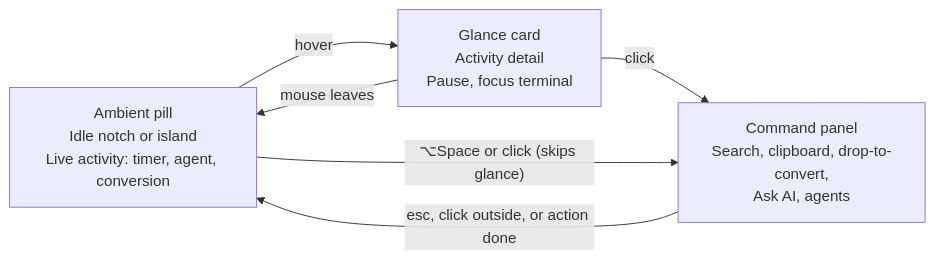
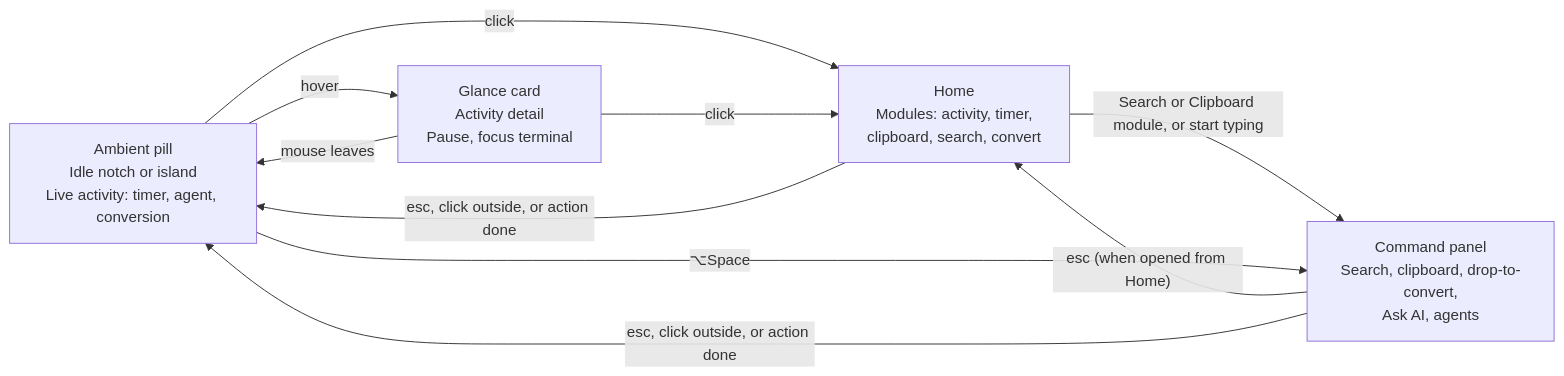
Before and after one commit to iyansr/Perch: the diagram in docs/PRD.md, drawn with Mermaid. The commit also changed other lines of this file and 11 other files, not shown here.

First line of the commit message:
feat(notch): click opens Home modules; notch-style shoulders when expanded

````diff
--- a/docs/PRD.md
+++ b/docs/PRD.md
@@ -68,11 +68,16 @@
 ```mermaid
 flowchart LR
   A["Ambient pill<br/>Idle notch or island<br/>Live activity: timer, agent, conversion"]
   G["Glance card<br/>Activity detail<br/>Pause, focus terminal"]
+  H["Home<br/>Modules: activity, timer,<br/>clipboard, search, convert"]
   C["Command panel<br/>Search, clipboard, drop-to-convert,<br/>Ask AI, agents"]
   A -- hover --> G
-  G -- click --> C
   G -- mouse leaves --> A
-  A -- "⌥Space or click (skips glance)" --> C
+  A -- click --> H
+  G -- click --> H
+  H -- "Search or Clipboard module, or start typing" --> C
+  C -- "esc (when opened from Home)" --> H
+  A -- "⌥Space" --> C
+  H -- "esc, click outside, or action done" --> A
   C -- "esc, click outside, or action done" --> A
 ```
````
